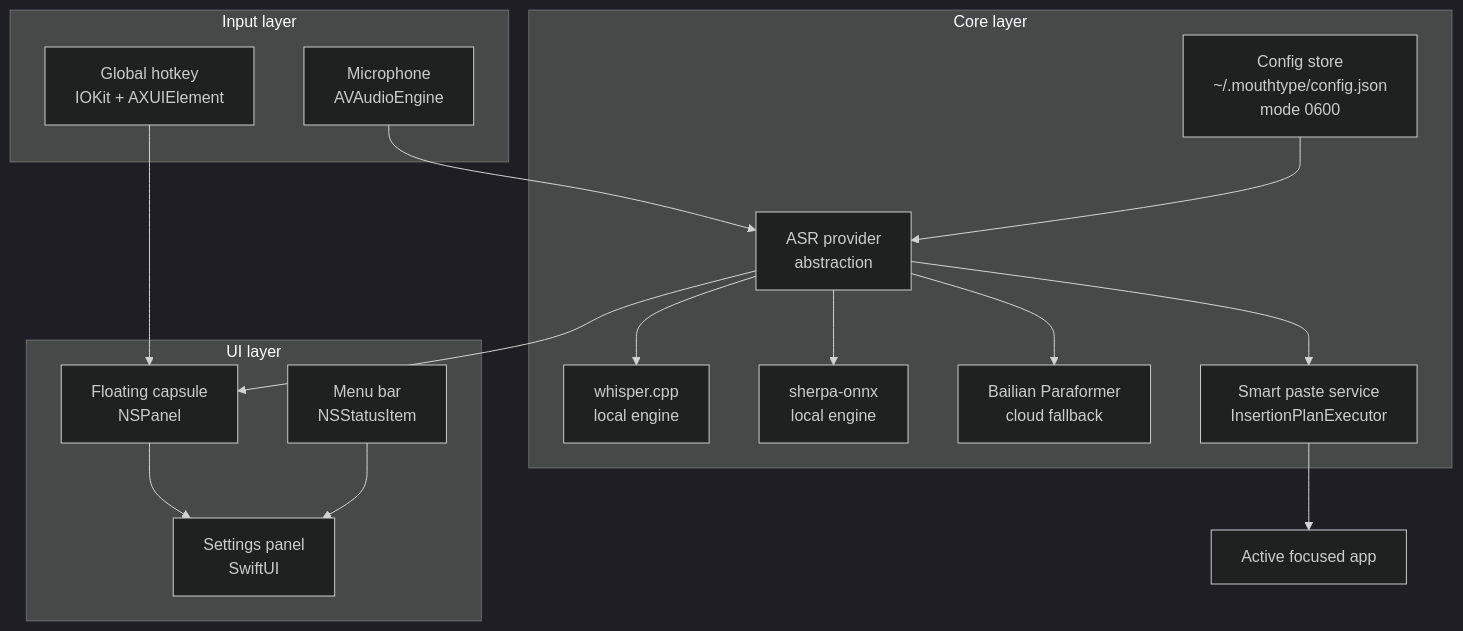
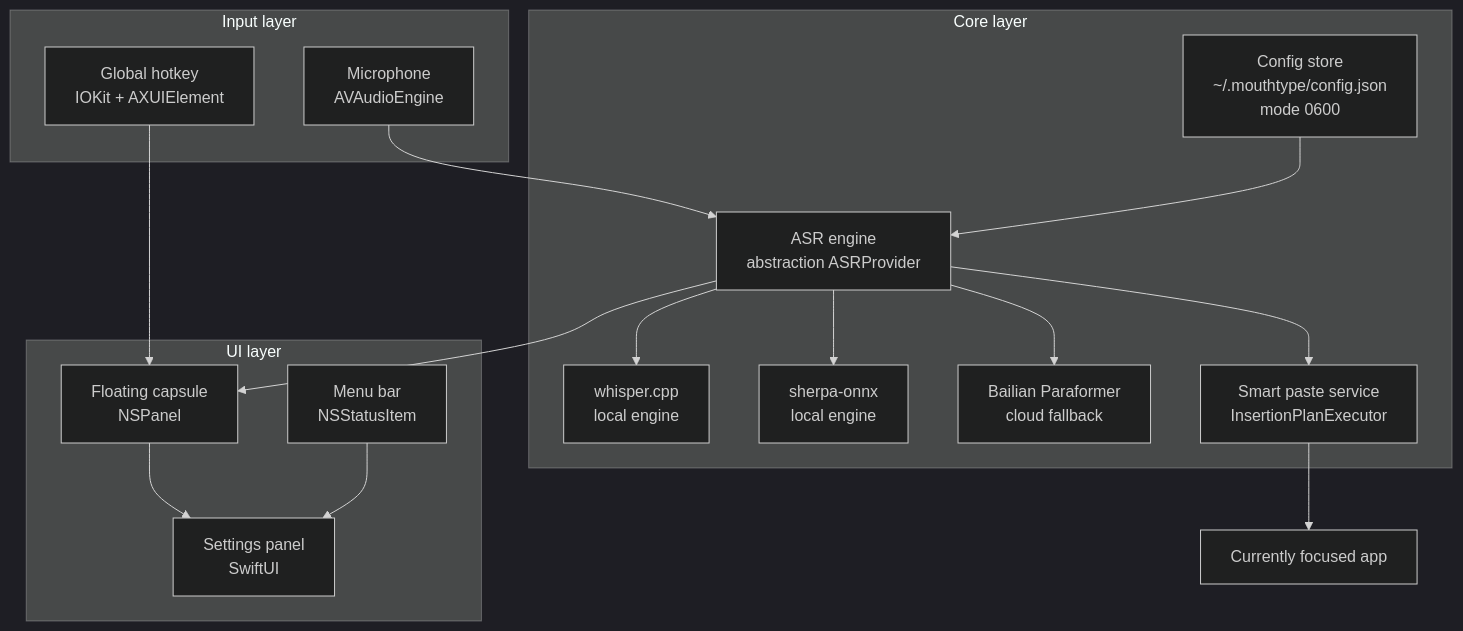
The diagram in README.en.md (davyzhong/MouthType), drawn with Mermaid (dark theme) before and after one commit. The commit also changed other lines of this file, not shown here.

````diff
--- a/README.en.md
+++ b/README.en.md
@@ -133,31 +112,31 @@
 ```mermaid
 flowchart TB
     subgraph Input[Input layer]
         Mic[Microphone<br/>AVAudioEngine]
         HK[Global hotkey<br/>IOKit + AXUIElement]
     end
     subgraph Core[Core layer]
-        ASR[ASR provider<br/>abstraction]
+        ASR[ASR engine<br/>abstraction ASRProvider]
         Whisper[whisper.cpp<br/>local engine]
         Sherpa[sherpa-onnx<br/>local engine]
         Bailian[Bailian Paraformer<br/>cloud fallback]
         Paste[Smart paste service<br/>InsertionPlanExecutor]
         Config[Config store<br/>~/.mouthtype/config.json<br/>mode 0600]
     end
     subgraph UI[UI layer]
         Capsule[Floating capsule<br/>NSPanel]
         Menu[Menu bar<br/>NSStatusItem]
         Settings[Settings panel<br/>SwiftUI]
     end
     Mic --> ASR
     HK --> Capsule
     ASR --> Whisper
     ASR --> Sherpa
     ASR --> Bailian
     Config --> ASR
     ASR --> Paste
-    Paste --> ActiveApp[Active focused app]
+    Paste --> ActiveApp[Currently focused app]
     ASR --> Capsule
     Capsule --> Settings
     Menu --> Settings
 ```
````
